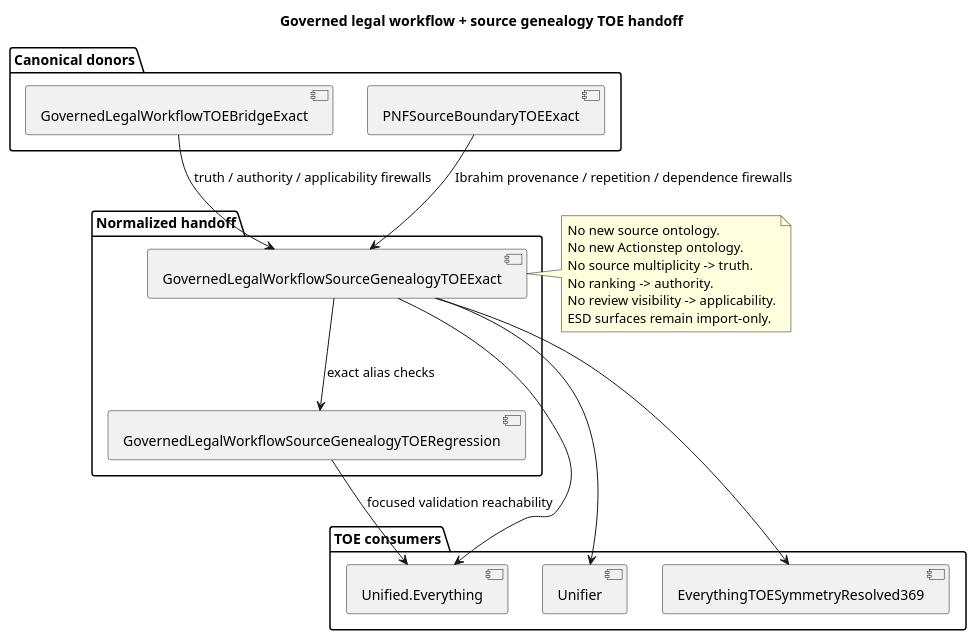
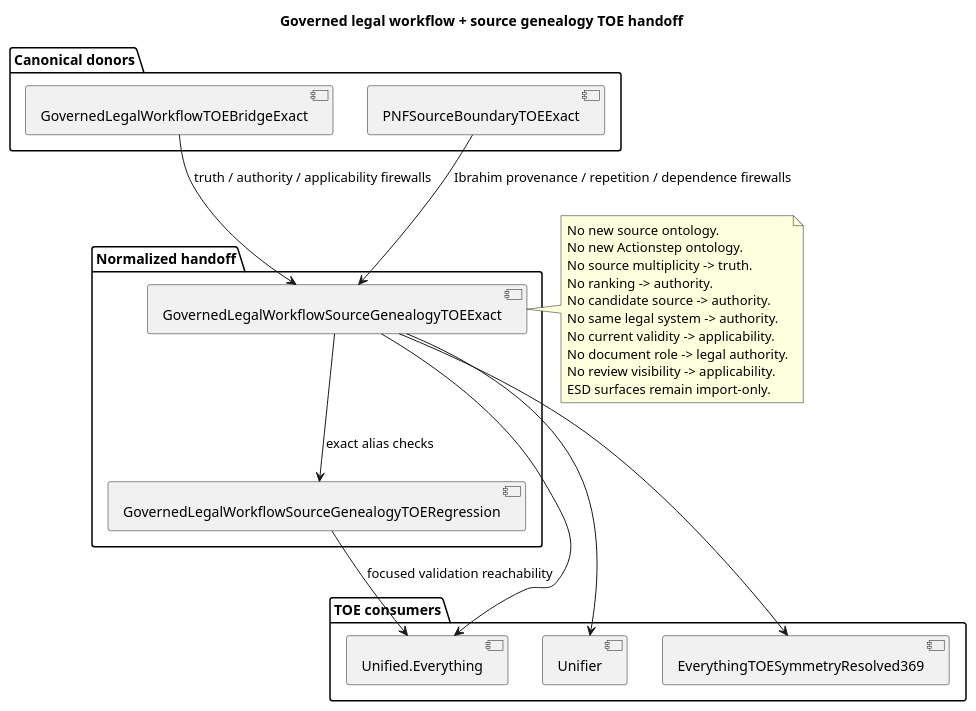
Before and after one commit to chboishabba/dashi_agda: the diagram in Docs/architecture/GovernedLegalWorkflowSourceGenealogyTOE.puml, drawn with PlantUML.

Commit message:
docs: show complete legal authority genealogy firewalls

```diff
--- a/Docs/architecture/GovernedLegalWorkflowSourceGenealogyTOE.puml
+++ b/Docs/architecture/GovernedLegalWorkflowSourceGenealogyTOE.puml
@@ -1,36 +1,40 @@
 @startuml
 title Governed legal workflow + source genealogy TOE handoff
 
 package "Canonical donors" {
   [GovernedLegalWorkflowTOEBridgeExact] as Legal
   [PNFSourceBoundaryTOEExact] as Source
 }
 
 package "Normalized handoff" {
   [GovernedLegalWorkflowSourceGenealogyTOEExact] as Handoff
   [GovernedLegalWorkflowSourceGenealogyTOERegression] as Regression
 }
 
 package "TOE consumers" {
   [EverythingTOESymmetryResolved369] as Root
   [Unifier] as Unifier
   [Unified.Everything] as Unified
 }
 
 Legal --> Handoff : truth / authority / applicability firewalls
 Source --> Handoff : Ibrahim provenance / repetition / dependence firewalls
 Handoff --> Regression : exact alias checks
 Handoff --> Root
 Handoff --> Unifier
 Handoff --> Unified
 Regression --> Unified : focused validation reachability
 
 note right of Handoff
 No new source ontology.
 No new Actionstep ontology.
 No source multiplicity -> truth.
 No ranking -> authority.
+No candidate source -> authority.
+No same legal system -> authority.
+No current validity -> applicability.
+No document role -> legal authority.
 No review visibility -> applicability.
 ESD surfaces remain import-only.
 end note
 @enduml
```
